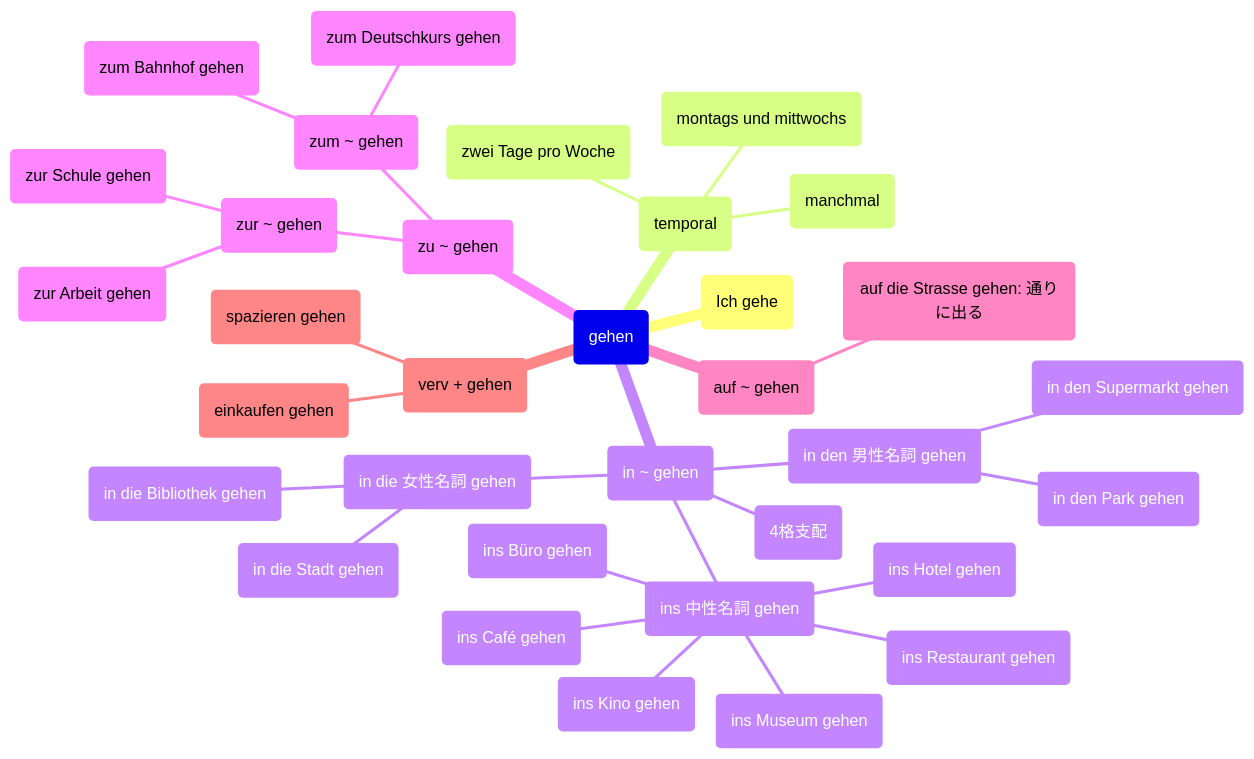
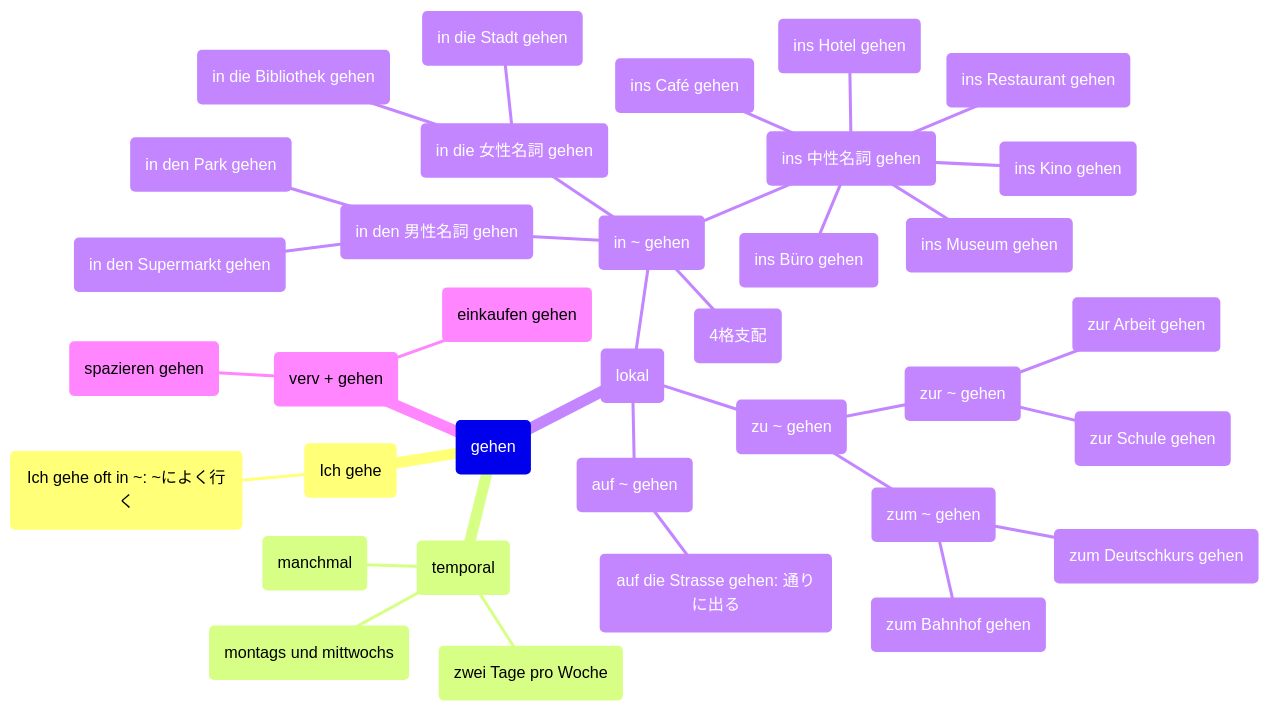
Before and after one commit to hyonsoku/mindmap: the diagram in Dutesch/Verb/gehen.md, drawn with Mermaid.

Commit message:
Create lokal

````diff
--- a/Dutesch/Verb/gehen.md
+++ b/Dutesch/Verb/gehen.md
@@ -3,36 +3,38 @@
 ```mermaid
 mindmap
     root(gehen)
         (Ich gehe)
+            (Ich gehe oft in ~: ~によく行く)
         (temporal)
             (manchmal)
             (zwei Tage pro Woche)
             (montags und mittwochs)
-        (in ~ gehen)
-            (4格支配)
-            (in den 男性名詞 gehen)
-                (in den Supermarkt gehen)
-                (in den Park gehen)
-            (in die 女性名詞 gehen)
-                (in die Bibliothek gehen)
-                (in die Stadt gehen)
-            (ins 中性名詞 gehen)
-                (ins Kino gehen)
-                (ins Büro gehen)
-                (ins Museum gehen)
-                (ins Restaurant gehen)
-                (ins Café gehen)
-                (ins Hotel gehen)
-        (zu ~ gehen)
-            (zur ~ gehen)
-                (zur Arbeit gehen)
-                (zur Schule gehen)
-            (zum ~ gehen)
-                (zum Deutschkurs gehen)
-                (zum Bahnhof gehen)
-        (auf ~ gehen)
-                (auf die Strasse gehen: 通りに出る)
+        (lokal)
+            (in ~ gehen)
+                (4格支配)
+                (in den 男性名詞 gehen)
+                    (in den Supermarkt gehen)
+                    (in den Park gehen)
+                (in die 女性名詞 gehen)
+                    (in die Bibliothek gehen)
+                    (in die Stadt gehen)
+                (ins 中性名詞 gehen)
+                    (ins Kino gehen)
+                    (ins Büro gehen)
+                    (ins Museum gehen)
+                    (ins Restaurant gehen)
+                    (ins Café gehen)
+                    (ins Hotel gehen)
+            (zu ~ gehen)
+                (zur ~ gehen)
+                    (zur Arbeit gehen)
+                    (zur Schule gehen)
+                (zum ~ gehen)
+                    (zum Deutschkurs gehen)
+                    (zum Bahnhof gehen)
+            (auf ~ gehen)
+                    (auf die Strasse gehen: 通りに出る)
         (verv + gehen)
             (einkaufen gehen)
             (spazieren gehen)
 ```
````
